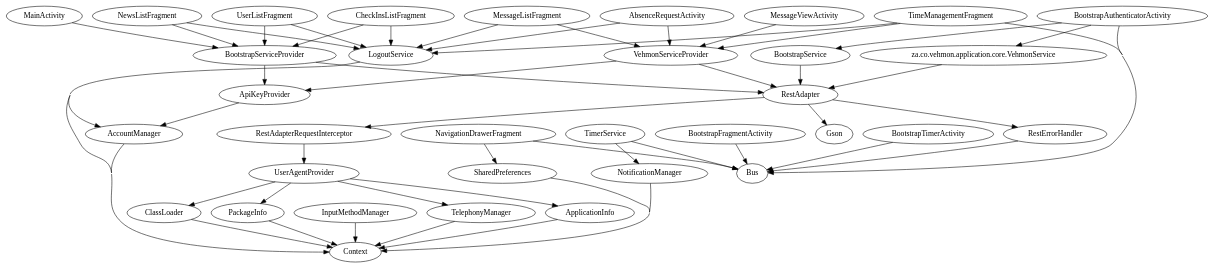
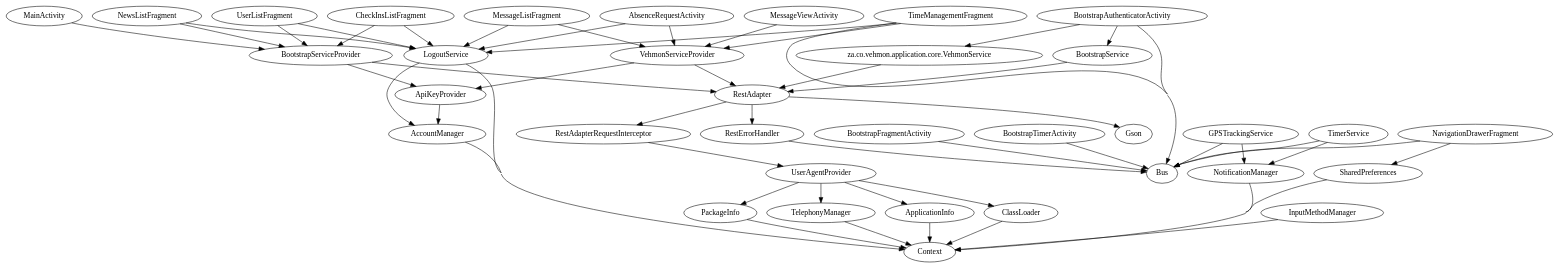
The diagram in app/build/intermediates/classes/debug/za/co/vehmon/application/RootModule.dot (Renaldobenji/android-vehmon), drawn with Graphviz before and after one commit. The commit also changed 16 other files, not shown here.

```diff
--- a/app/build/intermediates/classes/debug/za/co/vehmon/application/RootModule.dot
+++ b/app/build/intermediates/classes/debug/za/co/vehmon/application/RootModule.dot
@@ -1,54 +1,56 @@
 digraph G1 {
   concentrate = true;
+  AbsenceRequestActivity -> LogoutService;
   AbsenceRequestActivity -> VehmonServiceProvider;
-  AbsenceRequestActivity -> LogoutService;
   AccountManager -> Context;
   ApiKeyProvider -> AccountManager;
   ApplicationInfo -> Context;
   BootstrapAuthenticatorActivity -> Bus;
   n2 [label="za.co.vehmon.application.core.VehmonService"];
   BootstrapAuthenticatorActivity -> n2;
   BootstrapAuthenticatorActivity -> BootstrapService;
   BootstrapFragmentActivity -> Bus;
   BootstrapService -> RestAdapter;
+  BootstrapServiceProvider -> RestAdapter;
   BootstrapServiceProvider -> ApiKeyProvider;
-  BootstrapServiceProvider -> RestAdapter;
   BootstrapTimerActivity -> Bus;
+  CheckInsListFragment -> LogoutService;
   CheckInsListFragment -> BootstrapServiceProvider;
-  CheckInsListFragment -> LogoutService;
   ClassLoader -> Context;
+  GPSTrackingService -> NotificationManager;
+  GPSTrackingService -> Bus;
   InputMethodManager -> Context;
+  LogoutService -> AccountManager;
   LogoutService -> Context;
-  LogoutService -> AccountManager;
   MainActivity -> BootstrapServiceProvider;
+  MessageListFragment -> LogoutService;
   MessageListFragment -> VehmonServiceProvider;
-  MessageListFragment -> LogoutService;
   MessageViewActivity -> VehmonServiceProvider;
   NavigationDrawerFragment -> Bus;
   NavigationDrawerFragment -> SharedPreferences;
+  NewsListFragment -> LogoutService;
   NewsListFragment -> BootstrapServiceProvider;
-  NewsListFragment -> LogoutService;
   NotificationManager -> Context;
   PackageInfo -> Context;
+  RestAdapter -> RestAdapterRequestInterceptor;
+  RestAdapter -> RestErrorHandler;
   RestAdapter -> Gson;
-  RestAdapter -> RestErrorHandler;
-  RestAdapter -> RestAdapterRequestInterceptor;
   RestAdapterRequestInterceptor -> UserAgentProvider;
   RestErrorHandler -> Bus;
   SharedPreferences -> Context;
   TelephonyManager -> Context;
   TimeManagementFragment -> Bus;
+  TimeManagementFragment -> LogoutService;
   TimeManagementFragment -> VehmonServiceProvider;
-  TimeManagementFragment -> LogoutService;
+  TimerService -> NotificationManager;
   TimerService -> Bus;
-  TimerService -> NotificationManager;
+  UserAgentProvider -> ClassLoader;
   UserAgentProvider -> ApplicationInfo;
-  UserAgentProvider -> ClassLoader;
+  UserAgentProvider -> TelephonyManager;
   UserAgentProvider -> PackageInfo;
-  UserAgentProvider -> TelephonyManager;
+  UserListFragment -> LogoutService;
   UserListFragment -> BootstrapServiceProvider;
-  UserListFragment -> LogoutService;
+  VehmonServiceProvider -> RestAdapter;
   VehmonServiceProvider -> ApiKeyProvider;
-  VehmonServiceProvider -> RestAdapter;
   n2 -> RestAdapter;
 }
```
